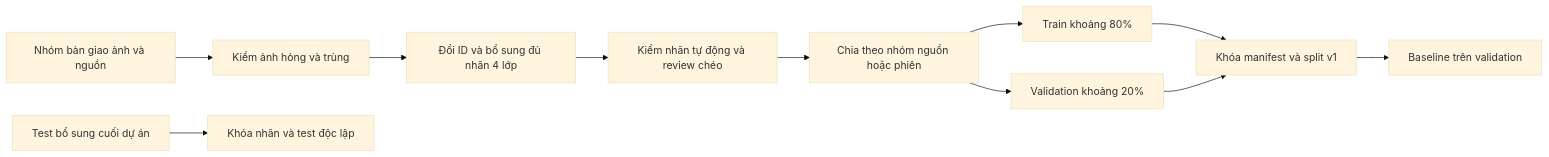
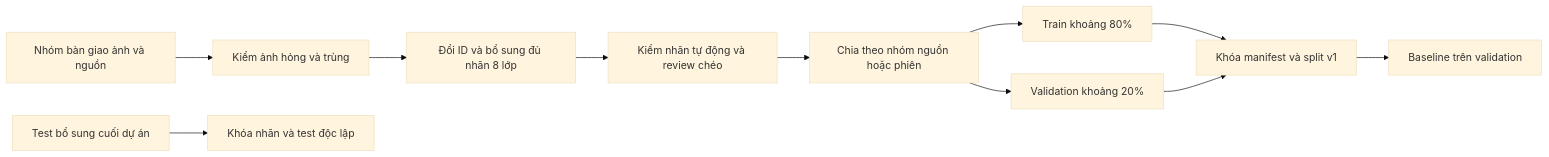
One commit to KingTmata/BTL-AI-Camera-cd8 changed the diagram in WEEK2_G2.md. Above: the diagram before and after it, drawn with Mermaid (base theme). The commit also changed other lines of this file and 62 other files, not shown here.

````diff
--- a/WEEK2_G2.md
+++ b/WEEK2_G2.md
@@ -43,13 +45,13 @@
 ```mermaid
 flowchart LR
     A[Nhóm bàn giao ảnh và nguồn] --> B[Kiểm ảnh hỏng và trùng]
-    B --> C[Đổi ID và bổ sung đủ nhãn 4 lớp]
+    B --> C[Đổi ID và bổ sung đủ nhãn 8 lớp]
     C --> D[Kiểm nhãn tự động và review chéo]
     D --> E[Chia theo nhóm nguồn hoặc phiên]
     E --> F[Train khoảng 80%]
     E --> G[Validation khoảng 20%]
     F --> H[Khóa manifest và split v1]
     G --> H
     H --> I[Baseline trên validation]
     J[Test bổ sung cuối dự án] --> K[Khóa nhãn và test độc lập]
 ```
````
